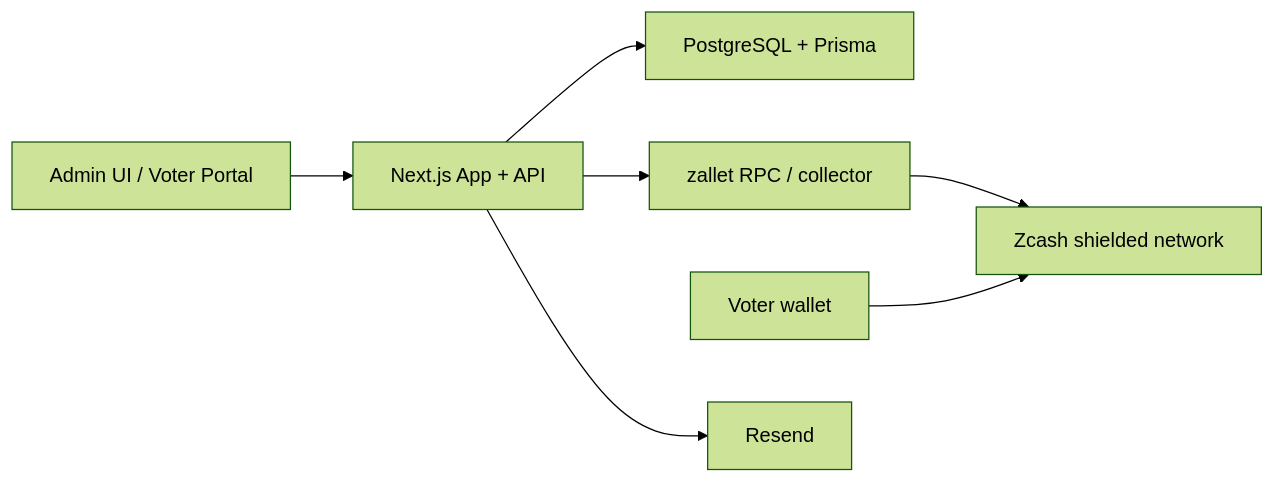
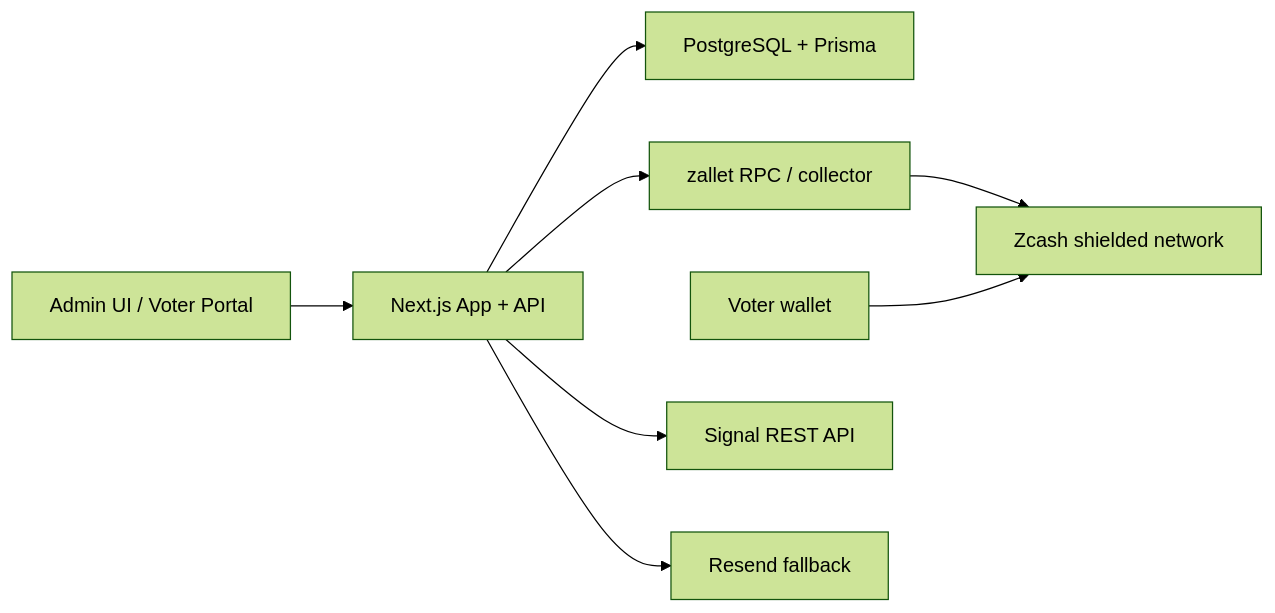
One commit to Michae2xl/community-shielded-voting changed the diagram in docs/architecture.md. Above: the diagram before and after it, drawn with Mermaid (forest theme). The commit also changed other lines of this file and 44 other files, not shown here.

````diff
--- a/docs/architecture.md
+++ b/docs/architecture.md
@@ -5,9 +5,10 @@
 ```mermaid
 flowchart LR
   A["Admin UI / Voter Portal"] --> B["Next.js App + API"]
   B --> C["PostgreSQL + Prisma"]
   B --> D["zallet RPC / collector"]
   D --> E["Zcash shielded network"]
   F["Voter wallet"] --> E
-  B --> G["Resend"]
+  B --> G["Signal REST API"]
+  B --> H["Resend fallback"]
 ```
````
